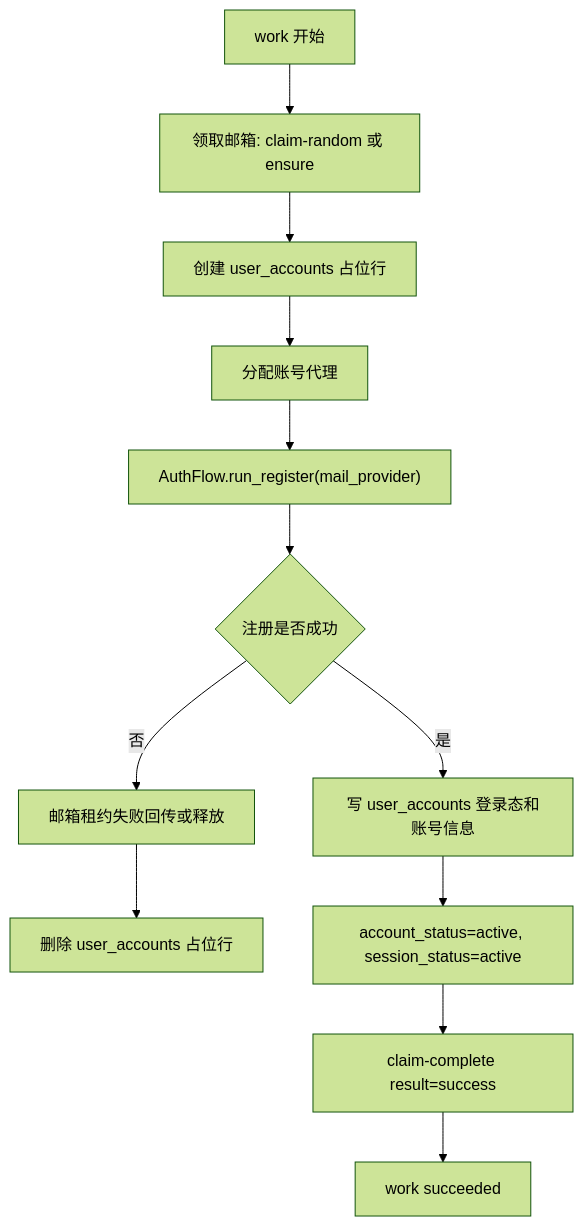
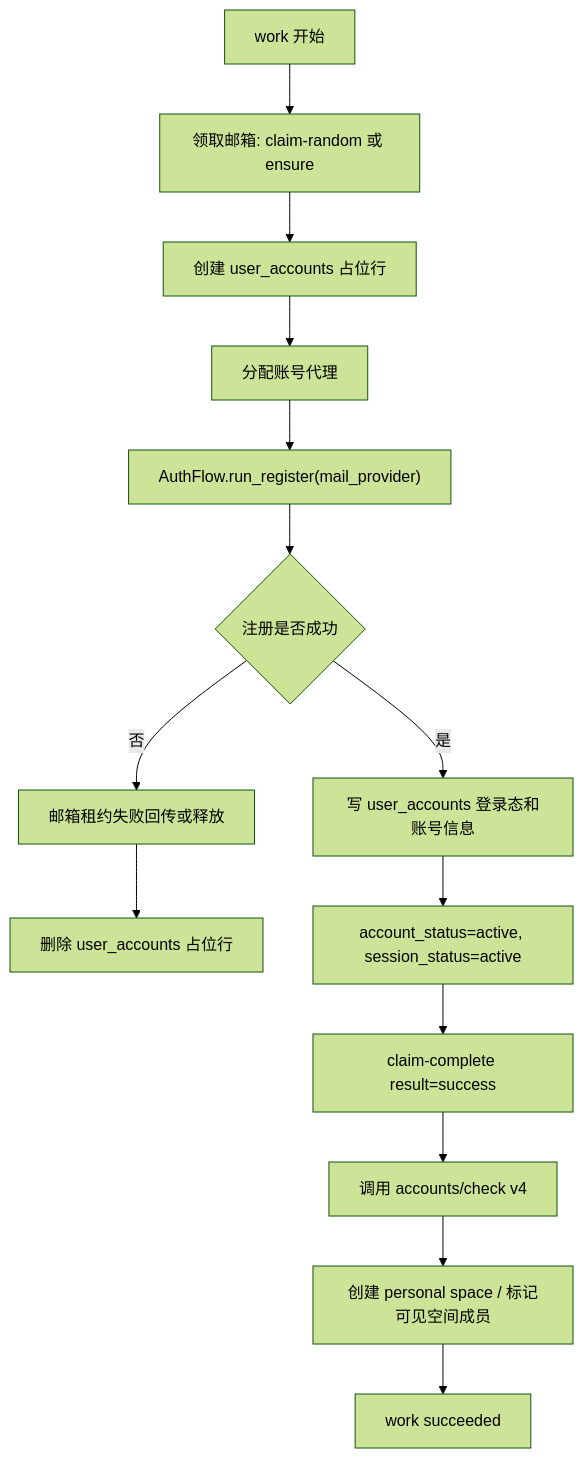
Before and after one commit to lvchaop/Gpt-Agreement-Payment: the first of 2 diagrams in refactor-app/docs/19-protocol-account-registration-design.md, drawn with Mermaid (forest theme). The commit also changed other lines of this file and 140 other files, not shown here.

````diff
--- a/refactor-app/docs/19-protocol-account-registration-design.md
+++ b/refactor-app/docs/19-protocol-account-registration-design.md
@@ -323,14 +343,16 @@
 ```mermaid
 flowchart TD
   A["work 开始"] --> B["领取邮箱: claim-random 或 ensure"]
   B --> C["创建 user_accounts 占位行"]
   C --> D["分配账号代理"]
   D --> E["AuthFlow.run_register(mail_provider)"]
   E --> F{"注册是否成功"}
   F -- "否" --> G["邮箱租约失败回传或释放"]
   G --> H["删除 user_accounts 占位行"]
   F -- "是" --> I["写 user_accounts 登录态和账号信息"]
   I --> J["account_status=active, session_status=active"]
   J --> K["claim-complete result=success"]
-  K --> L["work succeeded"]
+  K --> L["调用 accounts/check v4"]
+  L --> M["创建 personal space / 标记可见空间成员"]
+  M --> N["work succeeded"]
 ```
````
